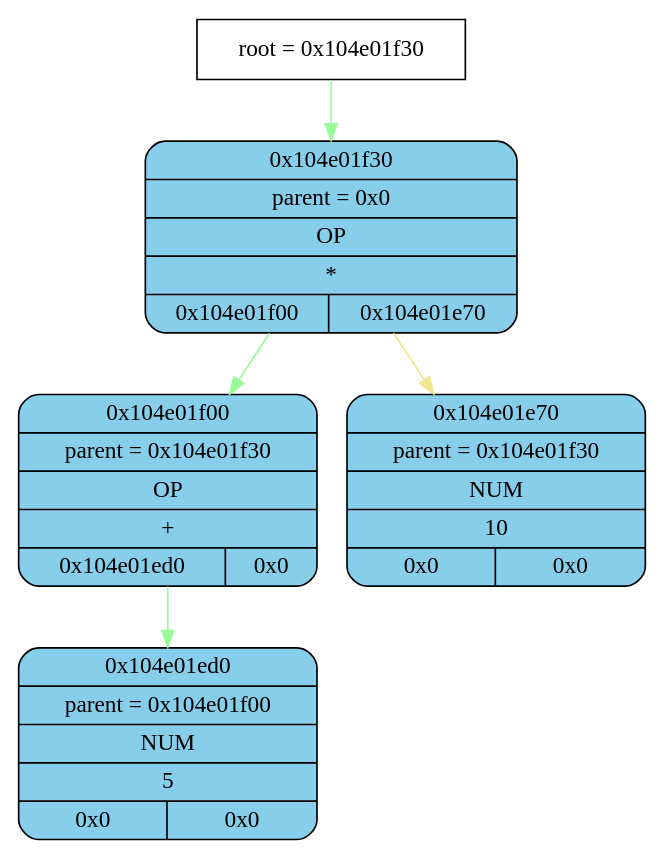
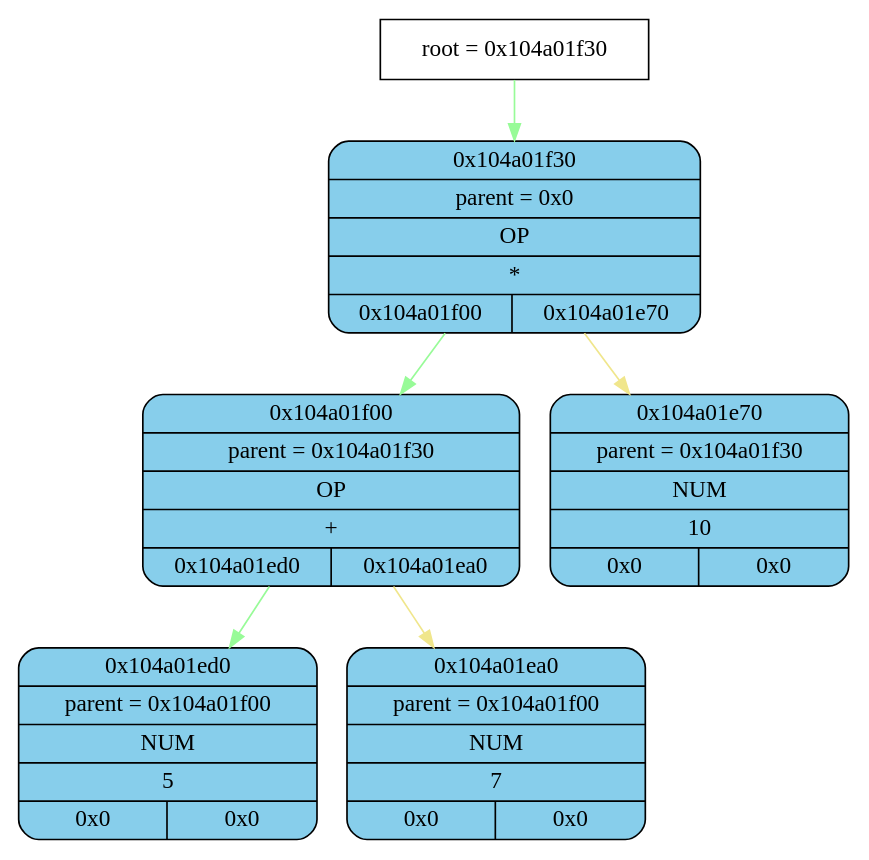
The diagram in tmp/graphviz.dot (esgalimov/differentiator), drawn with Graphviz before and after one commit. The commit also changed 13 other files, not shown here.

```diff
--- a/tmp/graphviz.dot
+++ b/tmp/graphviz.dot
@@ -1,17 +1,20 @@
 digraph
 {
-    node_info[shape = record, label = "{root = 0x104e01f30}"];
+    node_info[shape = record, label = "{root = 0x104a01f30}"];
 
-    node_info->node_0x104e01f30 [color = "#98FB98"];
-    node_0x104e01f30[shape = Mrecord, label = "{{0x104e01f30} | {parent =  0x0} | {OP} | {*} | {0x104e01f00 | 0x104e01e70}}",
+    node_info->node_0x104a01f30 [color = "#98FB98"];
+    node_0x104a01f30[shape = Mrecord, label = "{{0x104a01f30} | {parent =  0x0} | {OP} | {*} | {0x104a01f00 | 0x104a01e70}}",
                 style="filled", fillcolor="#87CEEB"];
-    node_0x104e01f00[shape = Mrecord, label = "{{0x104e01f00} | {parent =  0x104e01f30} | {OP} | {+} | {0x104e01ed0 | 0x0}}",
+    node_0x104a01f00[shape = Mrecord, label = "{{0x104a01f00} | {parent =  0x104a01f30} | {OP} | {+} | {0x104a01ed0 | 0x104a01ea0}}",
                 style="filled", fillcolor="#87CEEB"];
-    node_0x104e01ed0[shape = Mrecord, label = "{{0x104e01ed0} | {parent =  0x104e01f00} | {NUM} | {5} | {0x0 | 0x0}}",
+    node_0x104a01ed0[shape = Mrecord, label = "{{0x104a01ed0} | {parent =  0x104a01f00} | {NUM} | {5} | {0x0 | 0x0}}",
                 style="filled", fillcolor="#87CEEB"];
-    node_0x104e01e70[shape = Mrecord, label = "{{0x104e01e70} | {parent =  0x104e01f30} | {NUM} | {10} | {0x0 | 0x0}}",
+    node_0x104a01ea0[shape = Mrecord, label = "{{0x104a01ea0} | {parent =  0x104a01f00} | {NUM} | {7} | {0x0 | 0x0}}",
                 style="filled", fillcolor="#87CEEB"];
-    node_0x104e01f30->node_0x104e01f00 [color = "#98FB98"];
-    node_0x104e01f00->node_0x104e01ed0 [color = "#98FB98"];
-    node_0x104e01f30->node_0x104e01e70 [color = "#F0E68C"];
+    node_0x104a01e70[shape = Mrecord, label = "{{0x104a01e70} | {parent =  0x104a01f30} | {NUM} | {10} | {0x0 | 0x0}}",
+                style="filled", fillcolor="#87CEEB"];
+    node_0x104a01f30->node_0x104a01f00 [color = "#98FB98"];
+    node_0x104a01f00->node_0x104a01ed0 [color = "#98FB98"];
+    node_0x104a01f00->node_0x104a01ea0 [color = "#F0E68C"];
+    node_0x104a01f30->node_0x104a01e70 [color = "#F0E68C"];
 }
```
